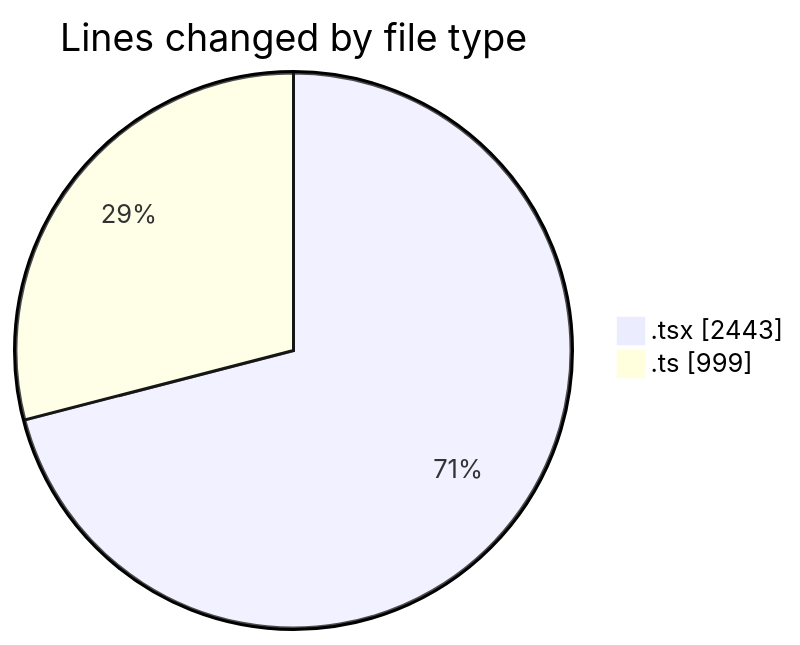
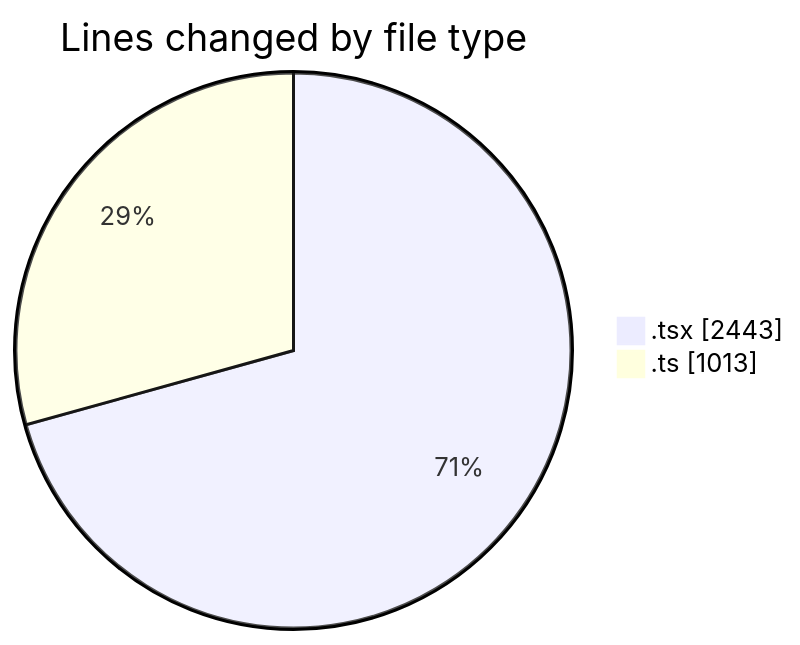
The first of 2 diagrams in 2025-07-02/cda/README.md (momahboobian/code-tracking), drawn with Mermaid before and after one commit. The commit also changed other lines of this file and 1 other file, not shown here.

````diff
--- a/2025-07-02/cda/README.md
+++ b/2025-07-02/cda/README.md
@@ -26,6 +26,6 @@
 ```mermaid
 pie showData
 title Lines changed by file type
 ".tsx" : 2443
-".ts" : 999
+".ts" : 1013
 ```
````
